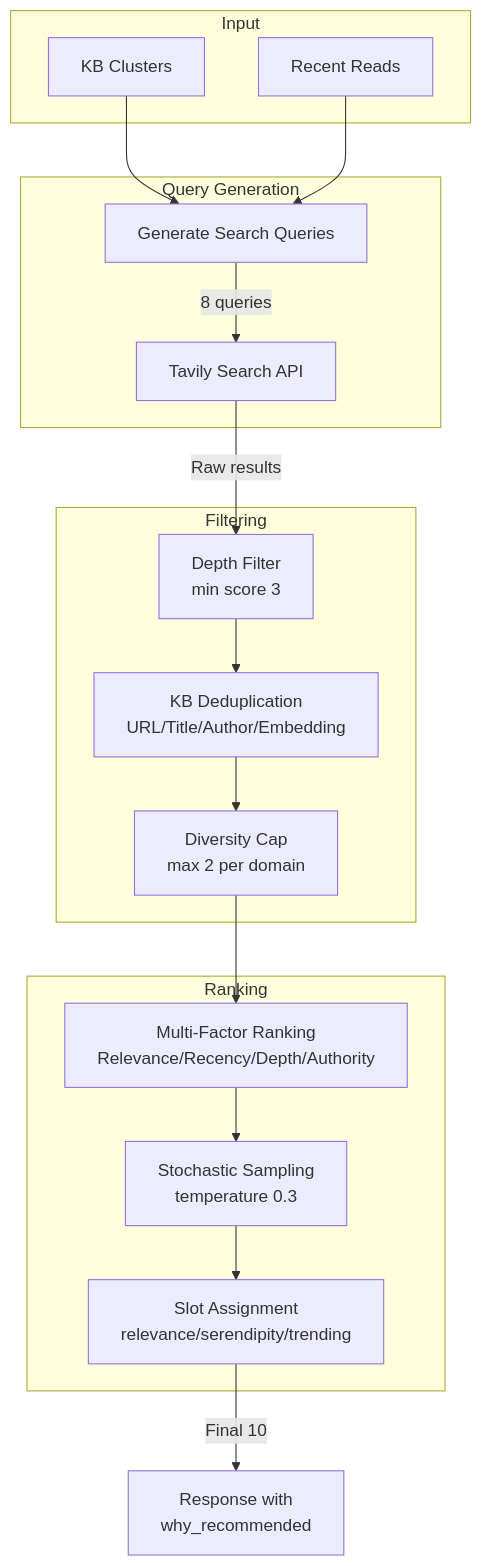
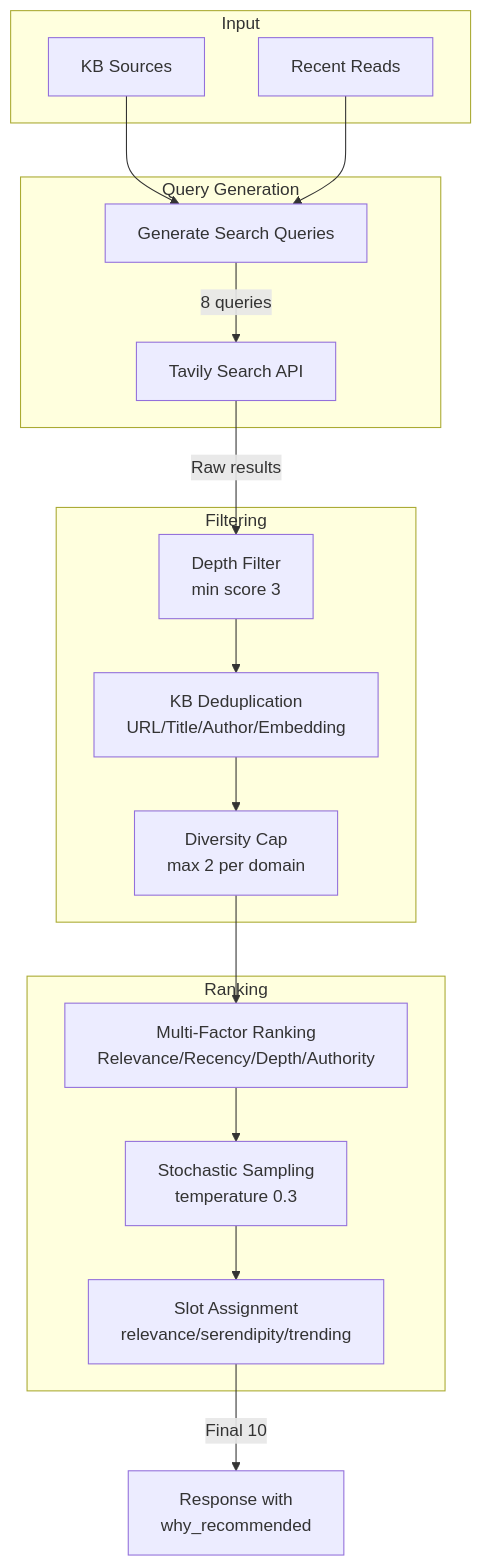
Before and after one commit to chrismmuc/kx-hub: the fourth of 4 diagrams in docs/architecture.md, drawn with Mermaid. The commit also changed other lines of this file and 3 other files, not shown here.

````diff
--- a/docs/architecture.md
+++ b/docs/architecture.md
@@ -201,27 +192,27 @@
 ```mermaid
 flowchart TB
   subgraph Input
-    KC[KB Clusters]
+    KS[KB Sources]
     RR[Recent Reads]
   end
 
   subgraph Query Generation
-    KC --> QG[Generate Search Queries]
+    KS --> QG[Generate Search Queries]
     RR --> QG
     QG -->|8 queries| TAVILY[Tavily Search API]
   end
 
   subgraph Filtering
     TAVILY -->|Raw results| DF[Depth Filter<br/>min score 3]
     DF --> DD[KB Deduplication<br/>URL/Title/Author/Embedding]
     DD --> DIV[Diversity Cap<br/>max 2 per domain]
   end
 
   subgraph Ranking
     DIV --> MFR[Multi-Factor Ranking<br/>Relevance/Recency/Depth/Authority]
     MFR --> SS[Stochastic Sampling<br/>temperature 0.3]
     SS --> SLOT[Slot Assignment<br/>relevance/serendipity/trending]
   end
 
   SLOT -->|Final 10| RESP[Response with<br/>why_recommended]
 ```
````
